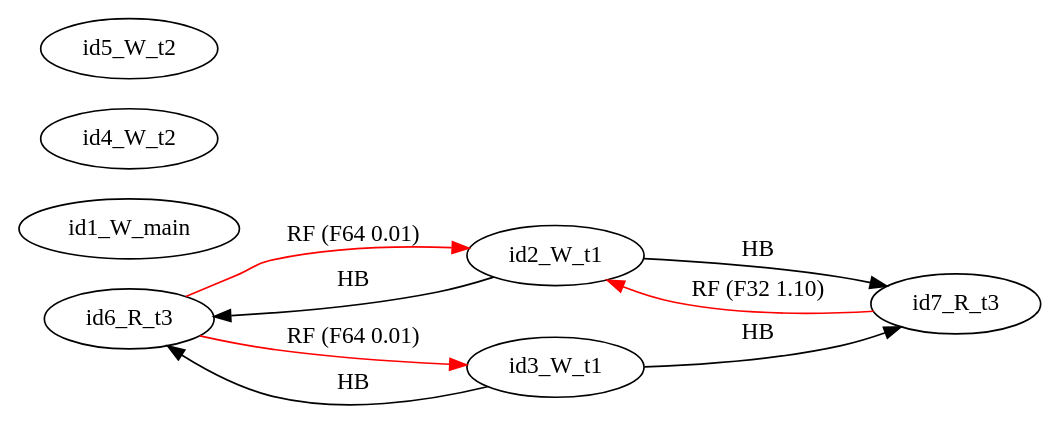
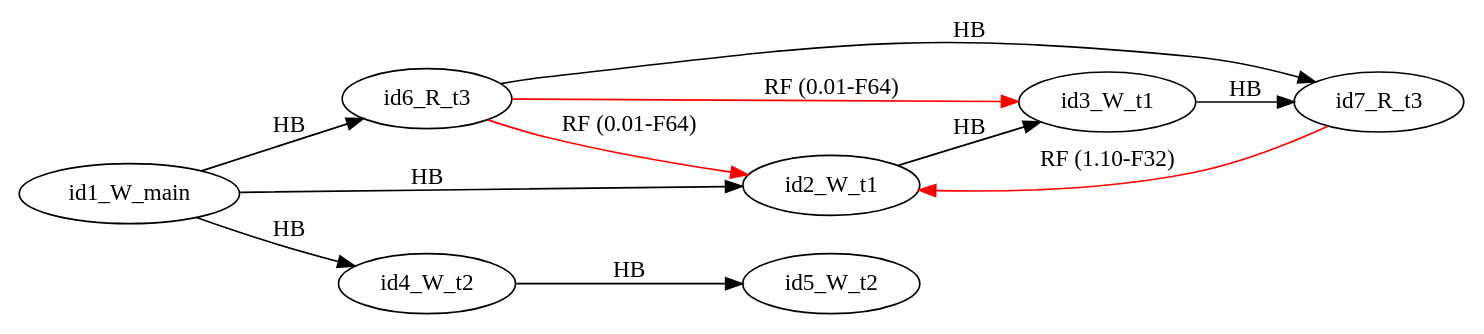
The diagram in examples/single_var/sv_simple12/mm5.dot (FMJS/EMME), drawn with Graphviz before and after one commit. The commit also changed 242 other files, not shown here.

```diff
--- a/examples/single_var/sv_simple12/mm5.dot
+++ b/examples/single_var/sv_simple12/mm5.dot
@@ -1,18 +1,21 @@
 digraph memory_model {
 rankdir=LR;
 splines=true; esep=0.5;
-id6_R_t3 -> id2_W_t1 [label = "RF (F64 0.01)", color="red"];
-id6_R_t3 -> id3_W_t1 [label = "RF (F64 0.01)", color="red"];
-id7_R_t3 -> id2_W_t1 [label = "RF (F32 1.10)", color="red"];
-id2_W_t1 -> id6_R_t3 [label = "HB", color="black"];
-id2_W_t1 -> id7_R_t3 [label = "HB", color="black"];
-id3_W_t1 -> id6_R_t3 [label = "HB", color="black"];
+id6_R_t3 -> id2_W_t1 [label = "RF (0.01-F64)", color="red"];
+id6_R_t3 -> id3_W_t1 [label = "RF (0.01-F64)", color="red"];
+id7_R_t3 -> id2_W_t1 [label = "RF (1.10-F32)", color="red"];
+id2_W_t1 -> id3_W_t1 [label = "HB", color="black"];
+id4_W_t2 -> id5_W_t2 [label = "HB", color="black"];
+id6_R_t3 -> id7_R_t3 [label = "HB", color="black"];
+id1_W_main -> id2_W_t1 [label = "HB", color="black"];
+id1_W_main -> id4_W_t2 [label = "HB", color="black"];
+id1_W_main -> id6_R_t3 [label = "HB", color="black"];
 id3_W_t1 -> id7_R_t3 [label = "HB", color="black"];
 id1_W_main [pos="5.0,4!"]
 id2_W_t1 [pos="0,2!"]
 id3_W_t1 [pos="0,0!"]
 id4_W_t2 [pos="5,2!"]
 id5_W_t2 [pos="5,0!"]
 id6_R_t3 [pos="10,2!"]
 id7_R_t3 [pos="10,0!"]
 }
```
